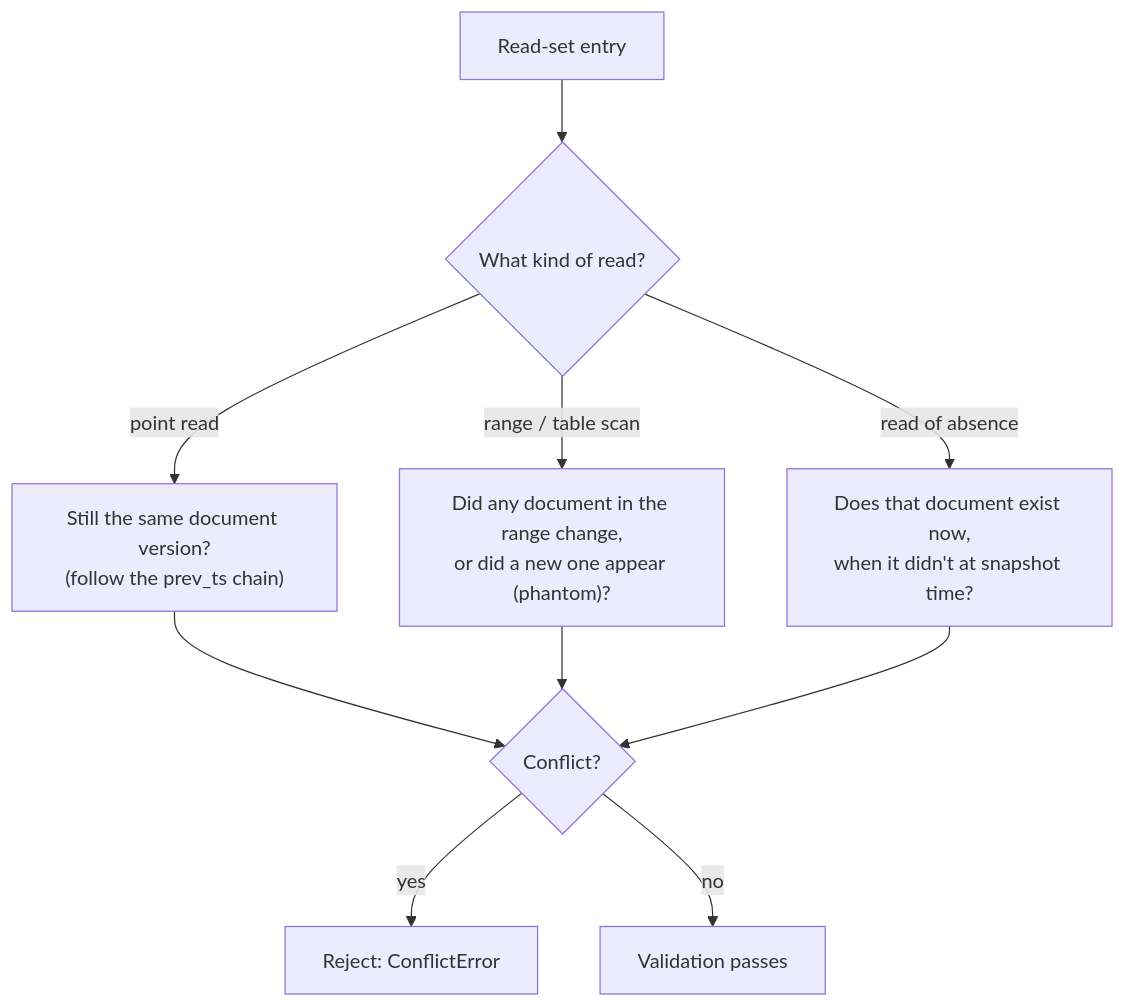
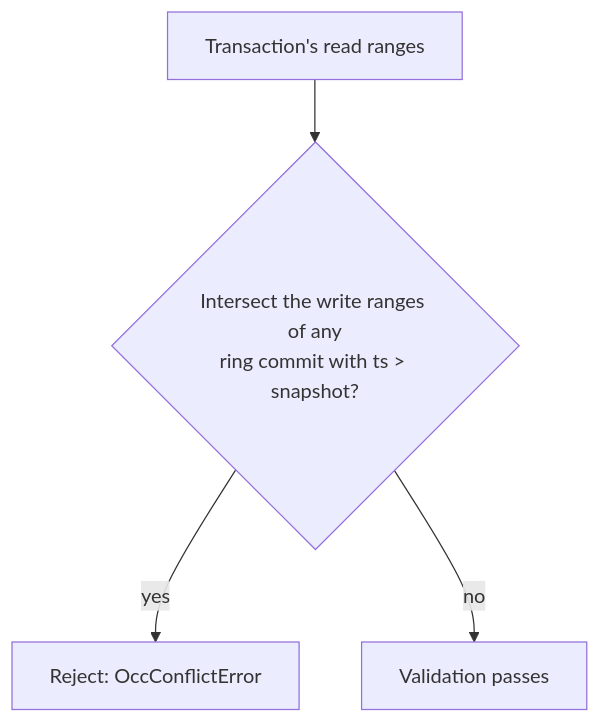
One commit to helipod-sh/helipod changed the fourth of 4 diagrams in docs/content/docs/contributing/architecture/transactions.mdx. Above: the diagram before and after it, drawn with Mermaid. The commit also changed other lines of this file and 51 other files, not shown here.

````diff
--- a/docs/content/docs/contributing/architecture/transactions.mdx
+++ b/docs/content/docs/contributing/architecture/transactions.mdx
@@ -114,12 +111,6 @@
 ```mermaid
 flowchart TD
-    R["Read-set entry"] --> P{"What kind of read?"}
-    P -->|"point read"| PT["Still the same document version?<br/>(follow the prev_ts chain)"]
-    P -->|"range / table scan"| RS["Did any document in the range change,<br/>or did a new one appear (phantom)?"]
-    P -->|"read of absence"| AB["Does that document exist now,<br/>when it didn't at snapshot time?"]
-    PT --> D{"Conflict?"}
-    RS --> D
-    AB --> D
-    D -->|"yes"| X["Reject: ConflictError"]
-    D -->|"no"| OK["Validation passes"]
+    R["Transaction's read ranges"] --> I{"Intersect the write ranges of any<br/>ring commit with ts > snapshot?"}
+    I -->|"yes"| X["Reject: OccConflictError"]
+    I -->|"no"| OK["Validation passes"]
 ```
````
